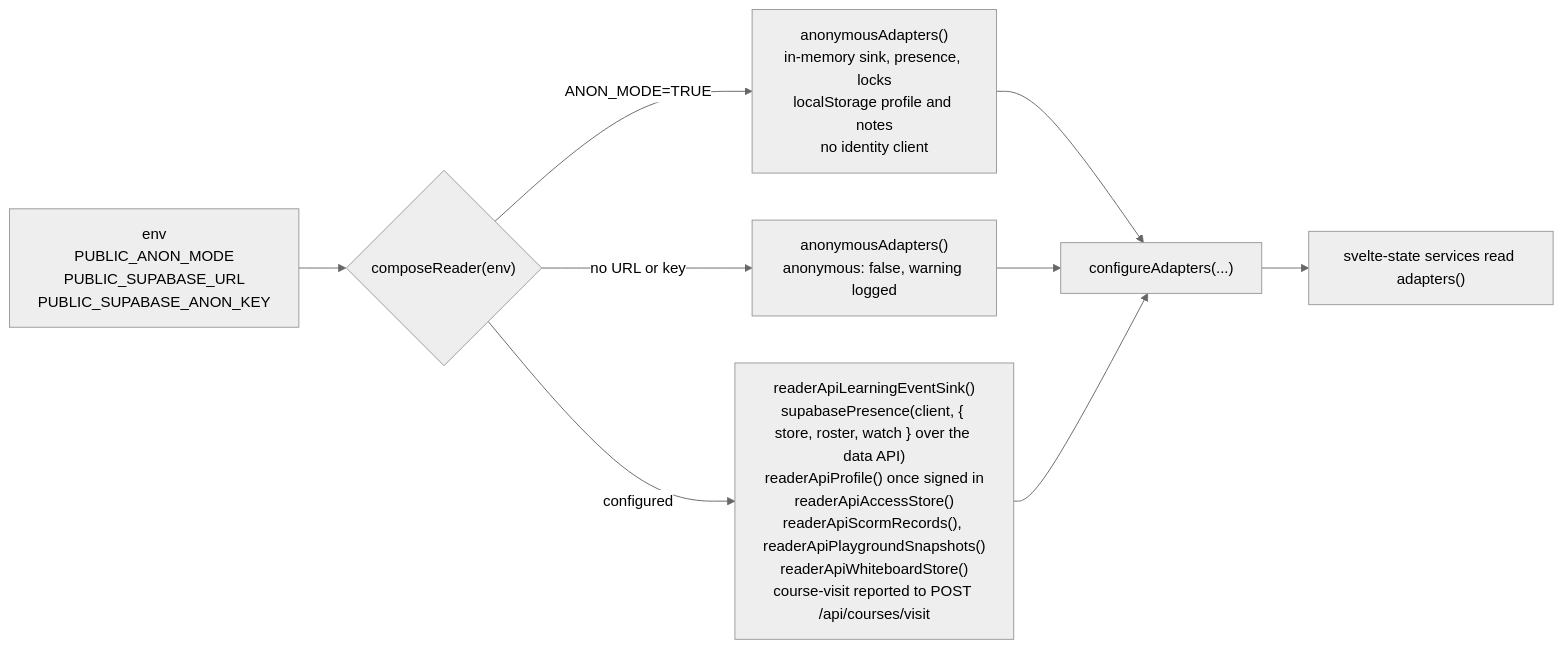
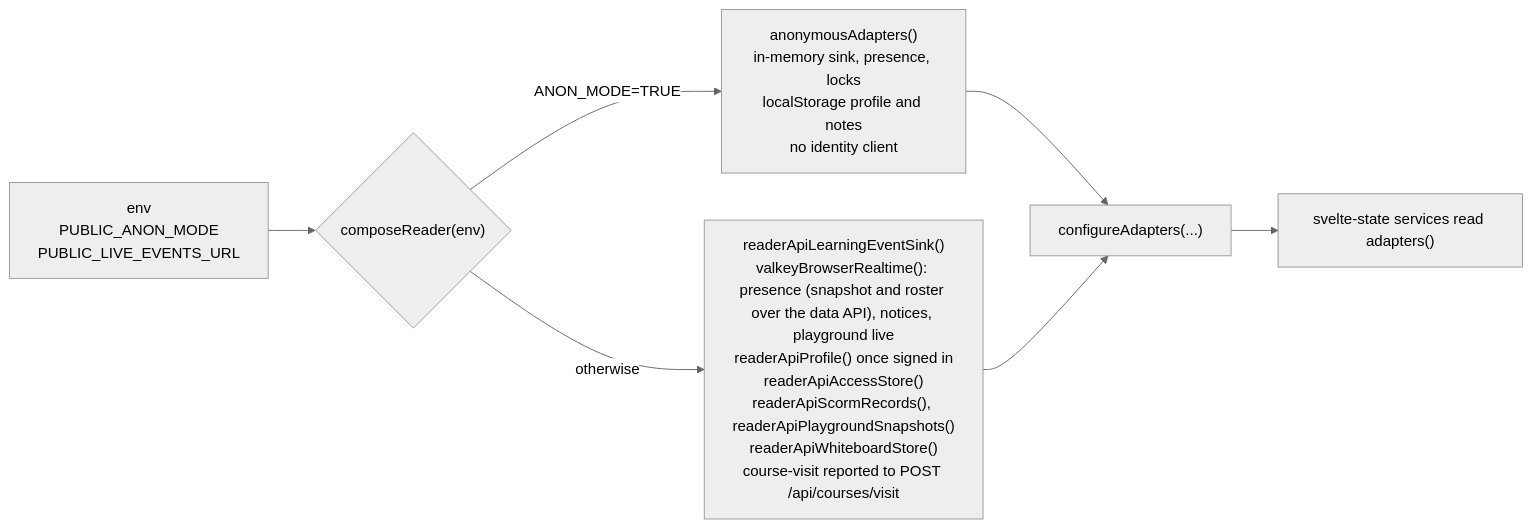
The sixth of 13 diagrams in ARCHITECTURE.md (lgriffin/tutors-mono-repo-1), drawn with Mermaid (neutral theme) before and after one commit. The commit also changed other lines of this file and 6 other files, not shown here.

Commit message:
wip: ARCHITECTURE.md and testing docs describe Postgres and Valkey

````diff
--- a/ARCHITECTURE.md
+++ b/ARCHITECTURE.md
@@ -474,9 +474,8 @@
 ```mermaid
 flowchart LR
-  env["env<br/>PUBLIC_ANON_MODE<br/>PUBLIC_SUPABASE_URL<br/>PUBLIC_SUPABASE_ANON_KEY"] --> compose{"composeReader(env)"}
+  env["env<br/>PUBLIC_ANON_MODE<br/>PUBLIC_LIVE_EVENTS_URL"] --> compose{"composeReader(env)"}
   compose -- "ANON_MODE=TRUE" --> anon["anonymousAdapters()<br/>in-memory sink, presence, locks<br/>localStorage profile and notes<br/>no identity client"]
-  compose -- "no URL or key" --> unconfigured["anonymousAdapters()<br/>anonymous: false, warning logged"]
-  compose -- "configured" --> live["readerApiLearningEventSink()<br/>supabasePresence(client, { store, roster, watch } over the data API)<br/>readerApiProfile() once signed in<br/>readerApiAccessStore()<br/>readerApiScormRecords(), readerApiPlaygroundSnapshots()<br/>readerApiWhiteboardStore()<br/>course-visit reported to POST /api/courses/visit"]
-  anon & unconfigured & live --> install["configureAdapters(...)"]
+  compose -- "otherwise" --> live["readerApiLearningEventSink()<br/>valkeyBrowserRealtime(): presence (snapshot and roster over the data API), notices, playground live<br/>readerApiProfile() once signed in<br/>readerApiAccessStore()<br/>readerApiScormRecords(), readerApiPlaygroundSnapshots()<br/>readerApiWhiteboardStore()<br/>course-visit reported to POST /api/courses/visit"]
+  anon & live --> install["configureAdapters(...)"]
   install --> services["svelte-state services read adapters()"]
 ```
````
